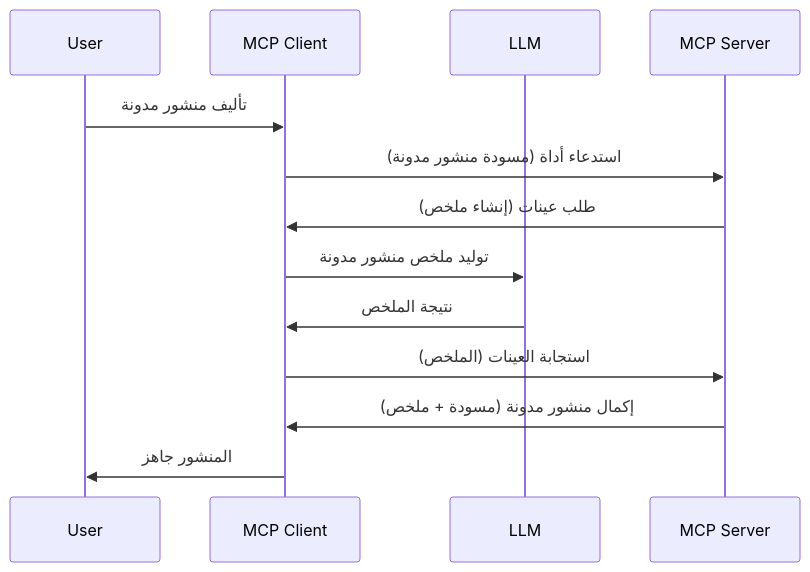
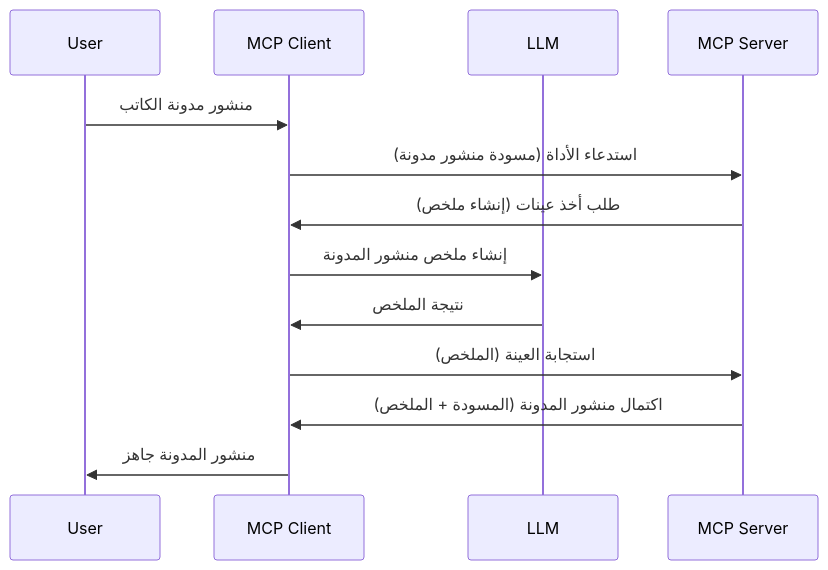
The diagram in mcp_ecosystem__model_context_protocol/mcp_learning_resources/mcp-for-beginners/translations/ar/03-GettingStarted/14-sampling/README.md (HIDORAKAI002/ai-workspace-archive), drawn with Mermaid before and after one commit. The commit also changed other lines of this file and 1046 other files, not shown here.

````diff
--- a/mcp_ecosystem__model_context_protocol/mcp_learning_resources/mcp-for-beginners/translations/ar/03-GettingStarted/14-sampling/README.md
+++ b/mcp_ecosystem__model_context_protocol/mcp_learning_resources/mcp-for-beginners/translations/ar/03-GettingStarted/14-sampling/README.md
@@ -23,16 +25,16 @@
 ```mermaid
 sequenceDiagram
     participant User
     participant MCP Client
     participant LLM
     participant MCP Server
 
-    User->>MCP Client: تأليف منشور مدونة
-    MCP Client->>MCP Server: استدعاء أداة (مسودة منشور مدونة)
-    MCP Server->>MCP Client: طلب عينات (إنشاء ملخص)
-    MCP Client->>LLM: توليد ملخص منشور مدونة
+    User->>MCP Client: منشور مدونة الكاتب
+    MCP Client->>MCP Server: استدعاء الأداة (مسودة منشور مدونة)
+    MCP Server->>MCP Client: طلب أخذ عينات (إنشاء ملخص)
+    MCP Client->>LLM: إنشاء ملخص منشور المدونة
     LLM->>MCP Client: نتيجة الملخص
-    MCP Client->>MCP Server: استجابة العينات (الملخص)
-    MCP Server->>MCP Client: إكمال منشور مدونة (مسودة + ملخص)
-    MCP Client->>User: المنشور جاهز
+    MCP Client->>MCP Server: استجابة العينة (الملخص)
+    MCP Server->>MCP Client: اكتمال منشور المدونة (المسودة + الملخص)
+    MCP Client->>User: منشور المدونة جاهز
 ```
````
